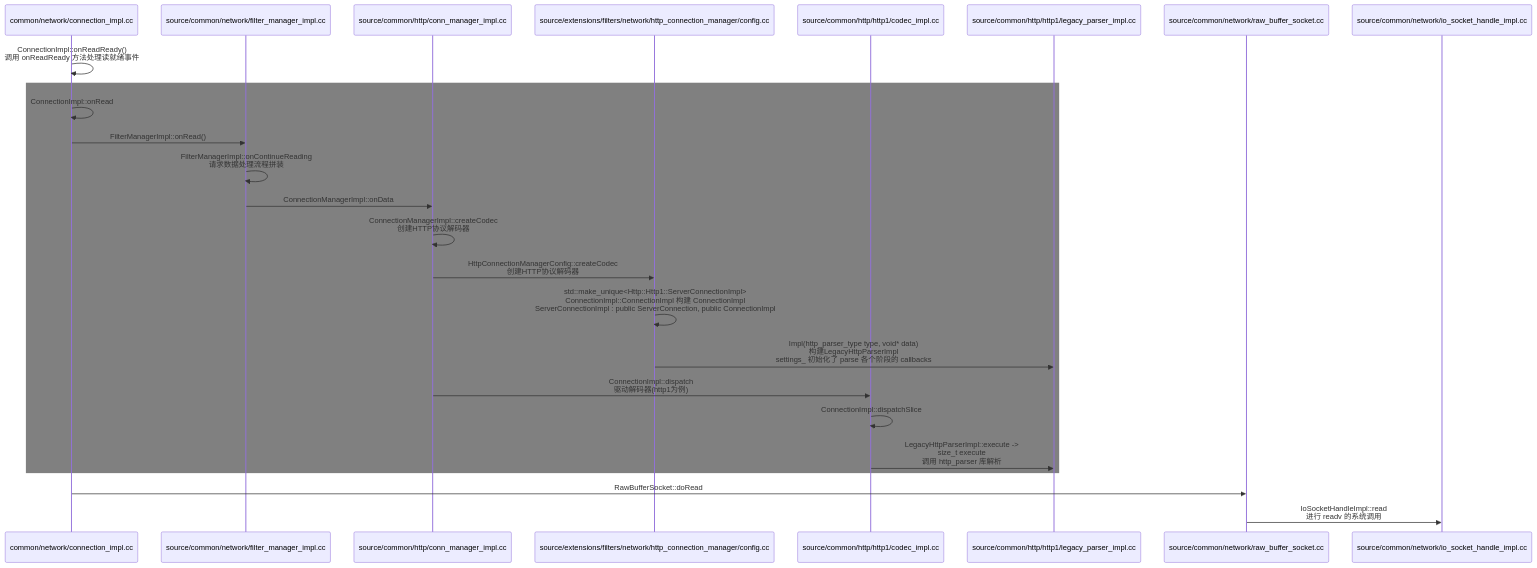
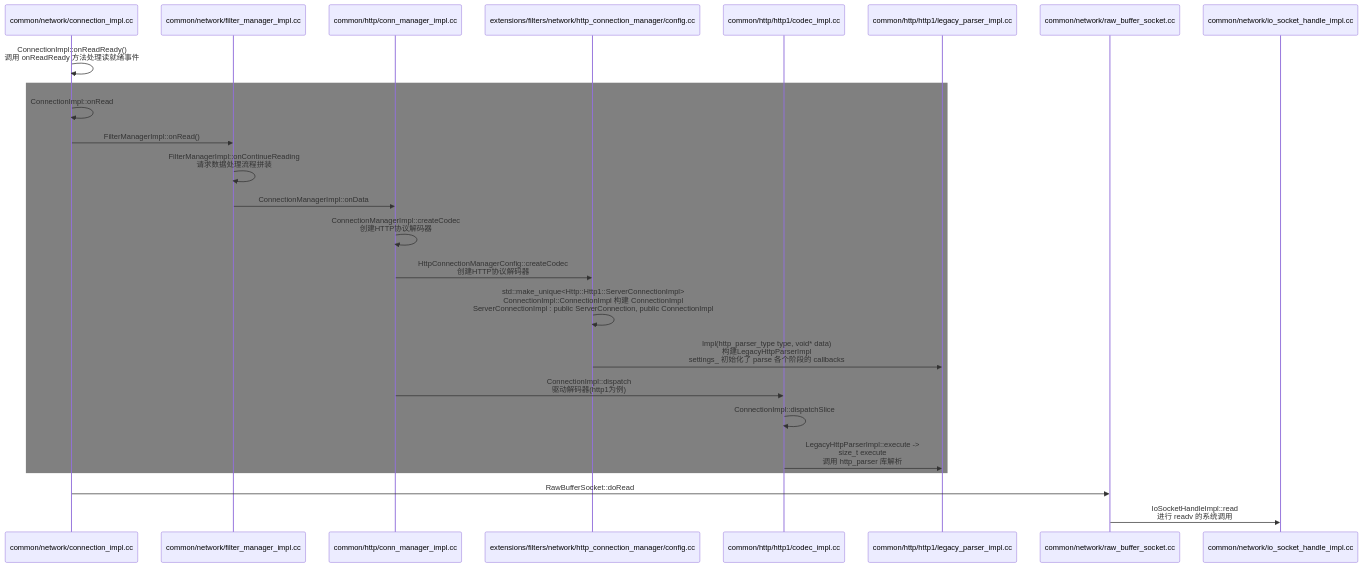
One commit to apenben123/envoy changed the eighth of 8 diagrams in envoy学习.md. Above: the diagram before and after it, drawn with Mermaid. The commit also changed other lines of this file and 10 other files, not shown here.

````diff
--- a/envoy学习.md
+++ b/envoy学习.md
@@ -501,31 +491,29 @@
 ```mermaid
 sequenceDiagram
    participant connection_impl.cc as common/network/connection_impl.cc
-   participant filter_manager_impl.cc as source/common/network/filter_manager_impl.cc
-   participant conn_manager_impl.cc as source/common/http/conn_manager_impl.cc
-   participant http_connection_manager.cc as source/extensions/filters/network/http_connection_manager/config.cc
-   participant codec_impl.cc as source/common/http/http1/codec_impl.cc
-   participant legacy_parser_impl.cc as source/common/http/http1/legacy_parser_impl.cc
-   participant raw_buffer_socket.cc as source/common/network/raw_buffer_socket.cc
-   participant io_socket_handle_impl.cc as source/common/network/io_socket_handle_impl.cc
+   participant filter_manager_impl.cc as common/network/filter_manager_impl.cc
+   participant conn_manager_impl.cc as common/http/conn_manager_impl.cc
+   participant http_connection_manager.cc as extensions/filters/network/http_connection_manager/config.cc
+   participant codec_impl.cc as common/http/http1/codec_impl.cc
+   participant legacy_parser_impl.cc as common/http/http1/legacy_parser_impl.cc
+   participant raw_buffer_socket.cc as common/network/raw_buffer_socket.cc
+   participant io_socket_handle_impl.cc as common/network/io_socket_handle_impl.cc
 
    connection_impl.cc->>connection_impl.cc: ConnectionImpl::onReadReady() <br/>调用 onReadReady 方法处理读就绪事件
    rect grey
       connection_impl.cc->>connection_impl.cc: ConnectionImpl::onRead
       connection_impl.cc->>filter_manager_impl.cc: FilterManagerImpl::onRead()
       filter_manager_impl.cc->>filter_manager_impl.cc: FilterManagerImpl::onContinueReading  <br/>请求数据处理流程拼装
       filter_manager_impl.cc->>conn_manager_impl.cc: ConnectionManagerImpl::onData
       conn_manager_impl.cc->>conn_manager_impl.cc: ConnectionManagerImpl::createCodec <br/>创建HTTP协议解码器
       conn_manager_impl.cc->>http_connection_manager.cc: HttpConnectionManagerConfig::createCodec <br/>创建HTTP协议解码器
       http_connection_manager.cc->>http_connection_manager.cc: std::make_unique<Http::Http1::ServerConnectionImpl> <br/>ConnectionImpl::ConnectionImpl 构建 ConnectionImpl <br/>ServerConnectionImpl : public ServerConnection, public ConnectionImpl
       http_connection_manager.cc->>legacy_parser_impl.cc: Impl(http_parser_type type, void* data) <br/>构建LegacyHttpParserImpl <br/>settings_ 初始化了 parse 各个阶段的 callbacks
 
       conn_manager_impl.cc->>codec_impl.cc: ConnectionImpl::dispatch <br/>驱动解码器(http1为例)
       codec_impl.cc->>codec_impl.cc: ConnectionImpl::dispatchSlice
       codec_impl.cc->>legacy_parser_impl.cc: LegacyHttpParserImpl::execute -> <br/>size_t execute <br/>调用 http_parser 库解析
    end
    connection_impl.cc->>raw_buffer_socket.cc: RawBufferSocket::doRead
    raw_buffer_socket.cc->>io_socket_handle_impl.cc: IoSocketHandleImpl::read <br/>进行 readv 的系统调用
-   
-
 ```
````
